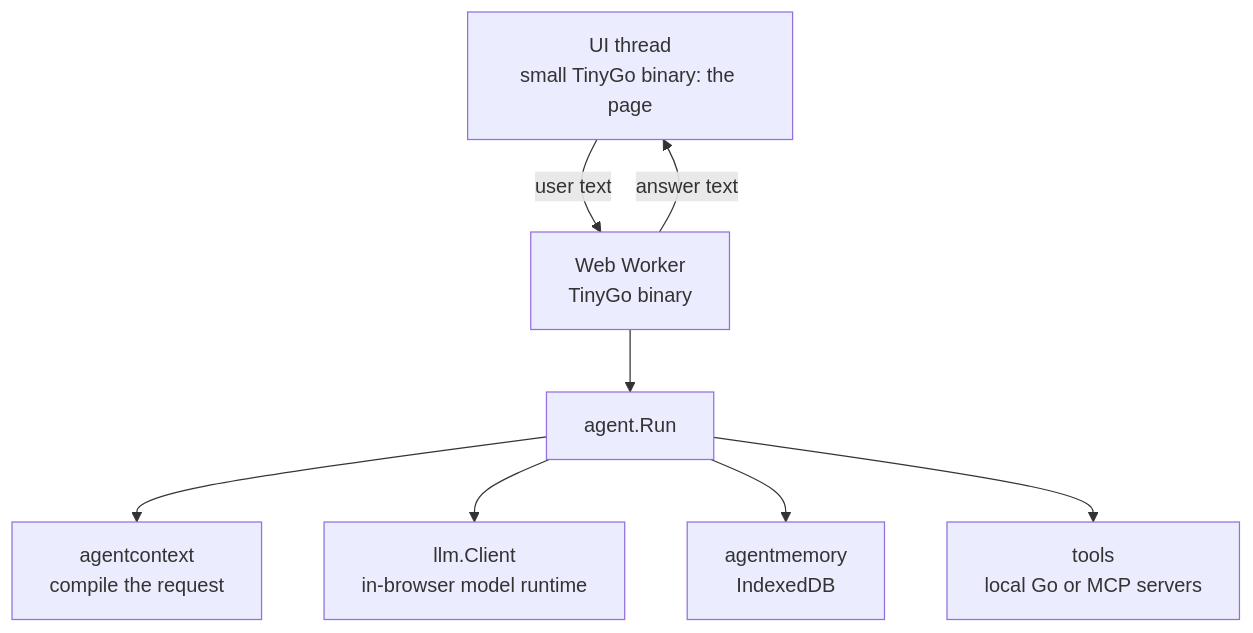
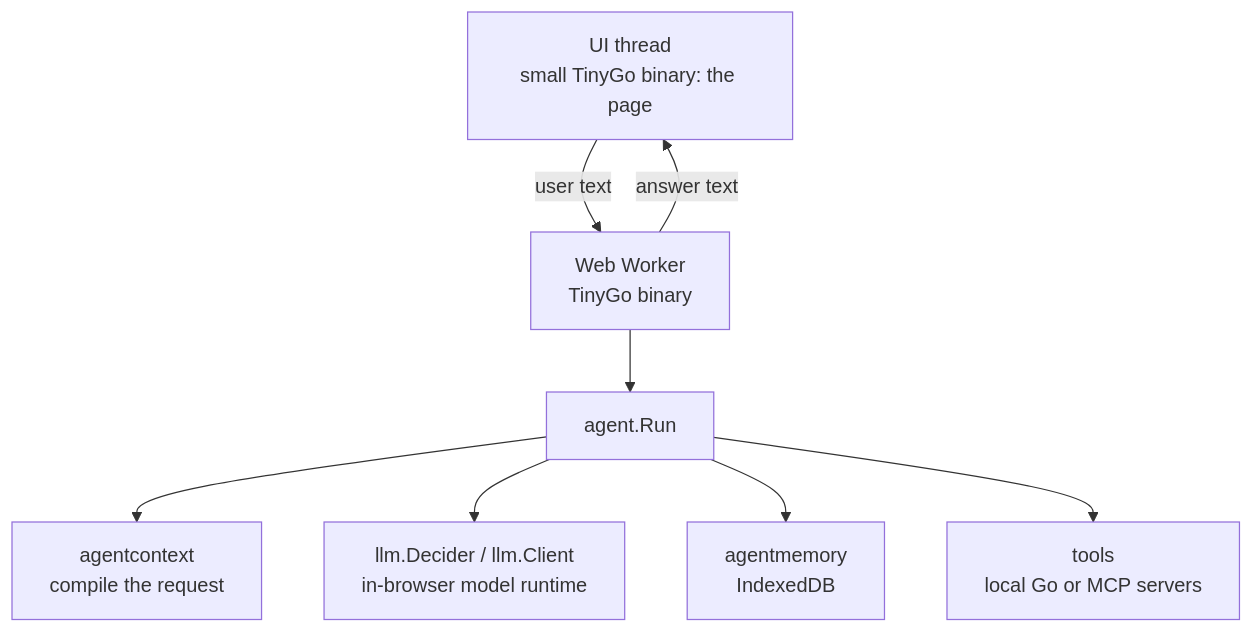
One commit to webtyp/agent changed the diagram in docs/ARCHITECTURE.md. Above: the diagram before and after it, drawn with Mermaid. The commit also changed other lines of this file and 10 other files, not shown here.

First line of the commit message:
feat!: implement hybrid agent architecture (v1.0.0)

````diff
--- a/docs/ARCHITECTURE.md
+++ b/docs/ARCHITECTURE.md
@@ -35,10 +34,10 @@
 ```mermaid
 flowchart TD
     UI[UI thread<br/>small TinyGo binary: the page] -->|user text| W[Web Worker<br/>TinyGo binary]
     W --> AG[agent.Run]
     AG --> CTX[agentcontext<br/>compile the request]
-    AG --> M[llm.Client<br/>in-browser model runtime]
+    AG --> M[llm.Decider / llm.Client<br/>in-browser model runtime]
     AG --> MEM[agentmemory<br/>IndexedDB]
     AG --> T[tools<br/>local Go or MCP servers]
     W -->|answer text| UI
 ```
````
